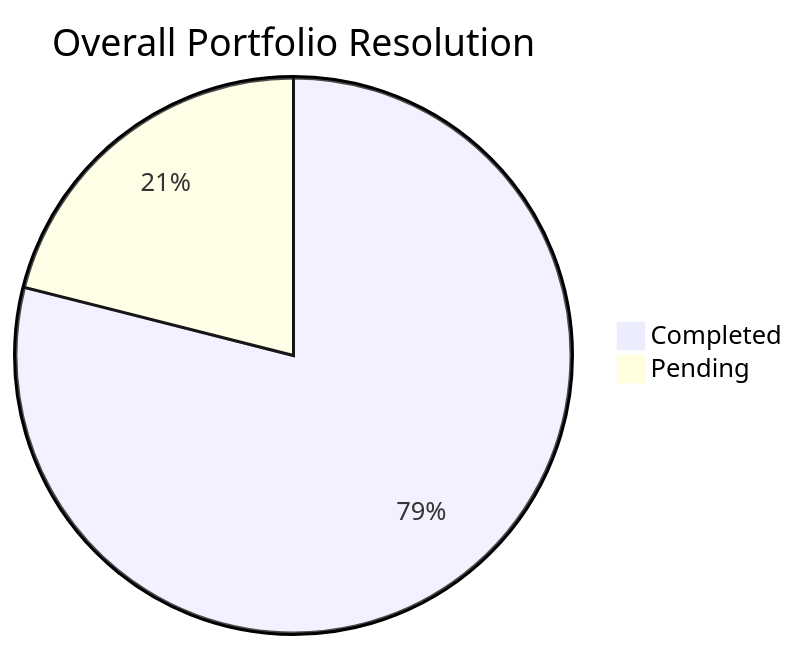
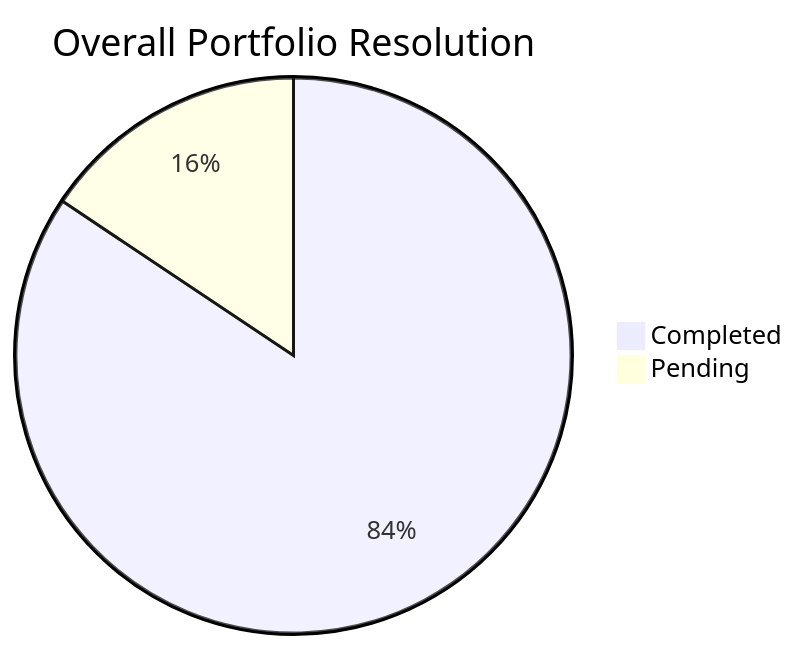
Before and after one commit to sagarms97/MyWorkDairy: the diagram in Global_Summary.md, drawn with Mermaid. The commit also changed other lines of this file and 4 other files, not shown here.

````diff
--- a/Global_Summary.md
+++ b/Global_Summary.md
@@ -12,5 +12,5 @@
 ```mermaid
 pie title Overall Portfolio Resolution
-    "Completed" : 45
-    "Pending" : 12
+    "Completed" : 54
+    "Pending" : 10
 ```
````
